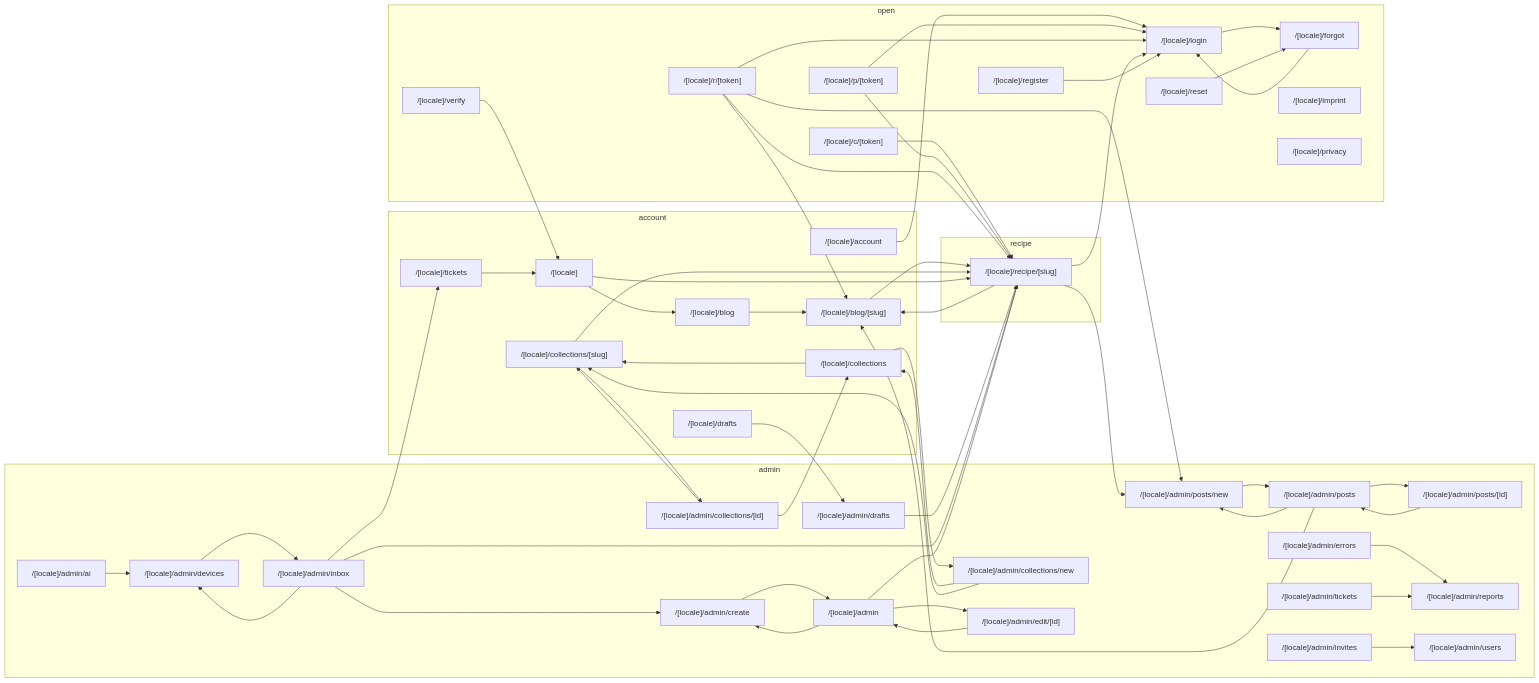
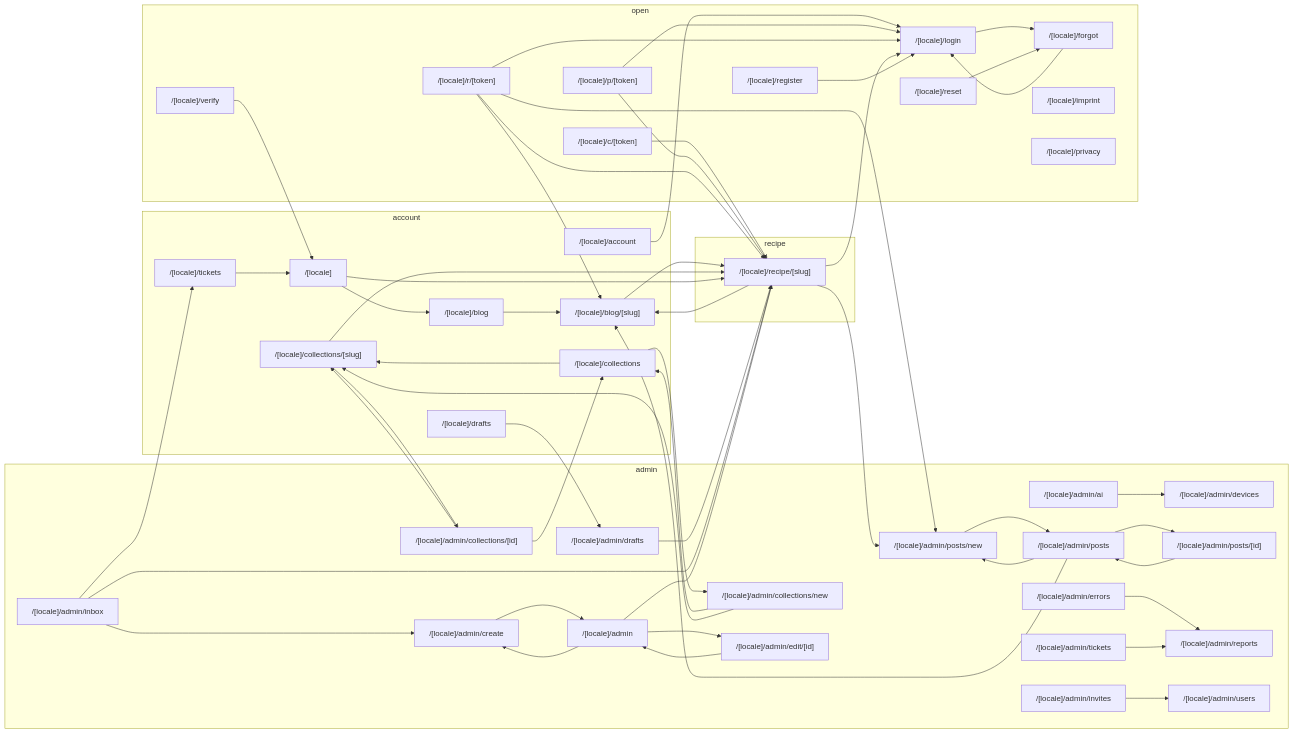
One commit to morischumacher/moscookbook changed the first of 2 diagrams in docs/interaction-map.generated.md. Above: the diagram before and after it, drawn with Mermaid. The commit also changed other lines of this file and 12 other files, not shown here.

```diff
--- a/docs/interaction-map.generated.md
+++ b/docs/interaction-map.generated.md
@@ -194,12 +194,10 @@
   n__locale__admin_collections_new --> n__locale__collections
   n__locale__admin_collections_new --> n__locale__collections__slug_
   n__locale__admin_create --> n__locale__admin
-  n__locale__admin_devices --> n__locale__admin_inbox
   n__locale__admin_drafts --> n__locale__recipe__slug_
   n__locale__admin_edit__id_ --> n__locale__admin
   n__locale__admin_errors --> n__locale__admin_reports
   n__locale__admin_inbox --> n__locale__admin_create
-  n__locale__admin_inbox --> n__locale__admin_devices
   n__locale__admin_inbox --> n__locale__recipe__slug_
   n__locale__admin_inbox --> n__locale__tickets
   n__locale__admin_invites --> n__locale__admin_users
```
